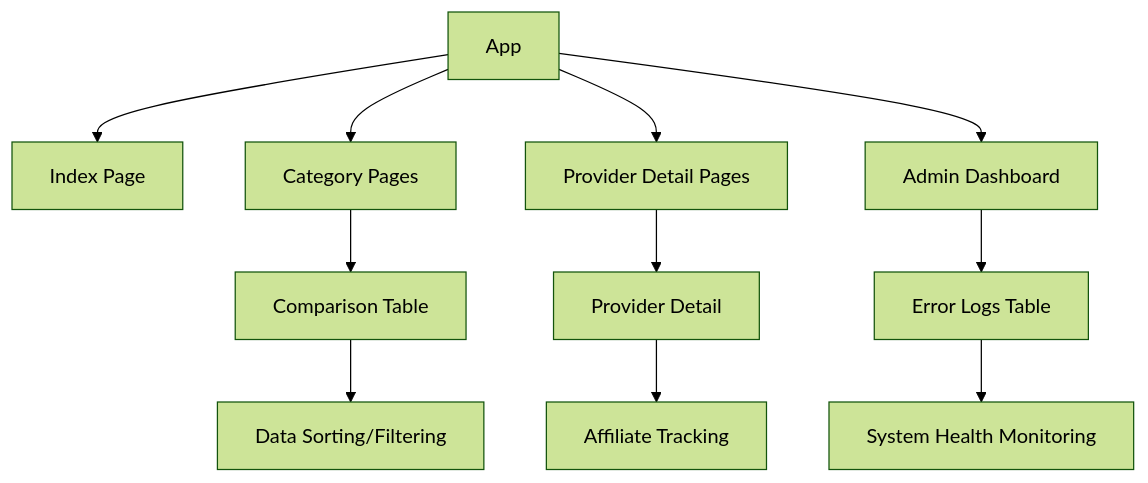
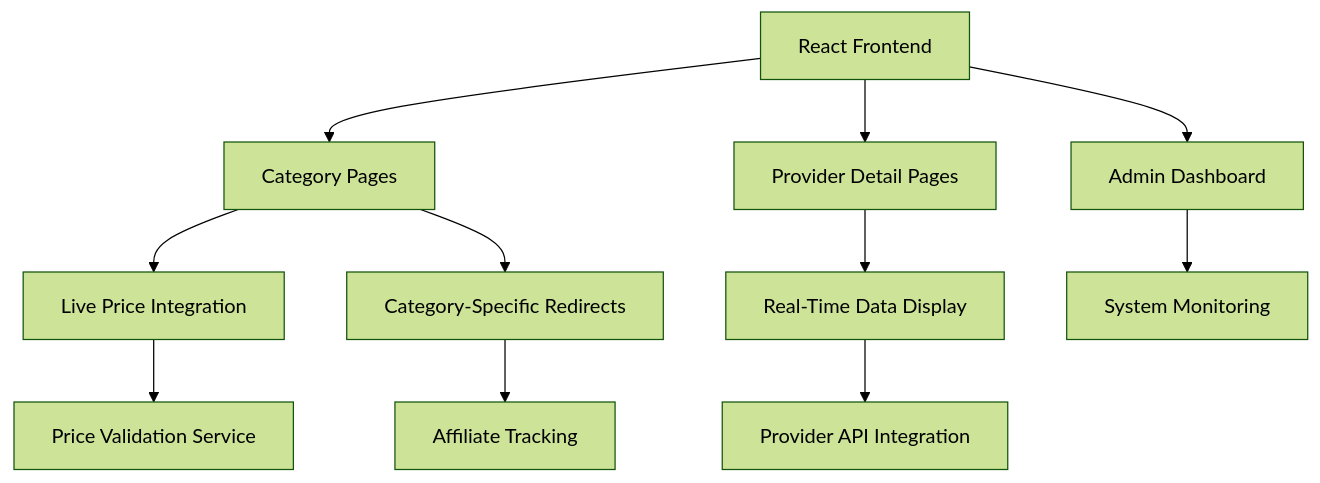
One commit to monsflem/compare-sky-portal changed the first of 3 diagrams in README2.md. Above: the diagram before and after it, drawn with Mermaid (forest theme). The commit also changed other lines of this file and 5 other files, not shown here.

````diff
--- a/README2.md
+++ b/README2.md
@@ -10,15 +10,15 @@
 ```mermaid
 graph TD
-    A[App] --> B[Index Page]
-    A --> C[Category Pages]
-    A --> D[Provider Detail Pages]
-    A --> E[Admin Dashboard]
+    A[React Frontend] --> B[Category Pages]
+    A --> C[Provider Detail Pages]
+    A --> D[Admin Dashboard]
     
-    C --> F[Comparison Table]
-    D --> G[Provider Detail]
-    E --> H[Error Logs Table]
+    B --> E[Live Price Integration]
+    B --> F[Category-Specific Redirects]
+    C --> G[Real-Time Data Display]
+    D --> H[System Monitoring]
     
-    F --> I[Data Sorting/Filtering]
-    G --> J[Affiliate Tracking]
-    H --> K[System Health Monitoring]
+    E --> I[Price Validation Service]
+    F --> J[Affiliate Tracking]
+    G --> K[Provider API Integration]
 ```
````
